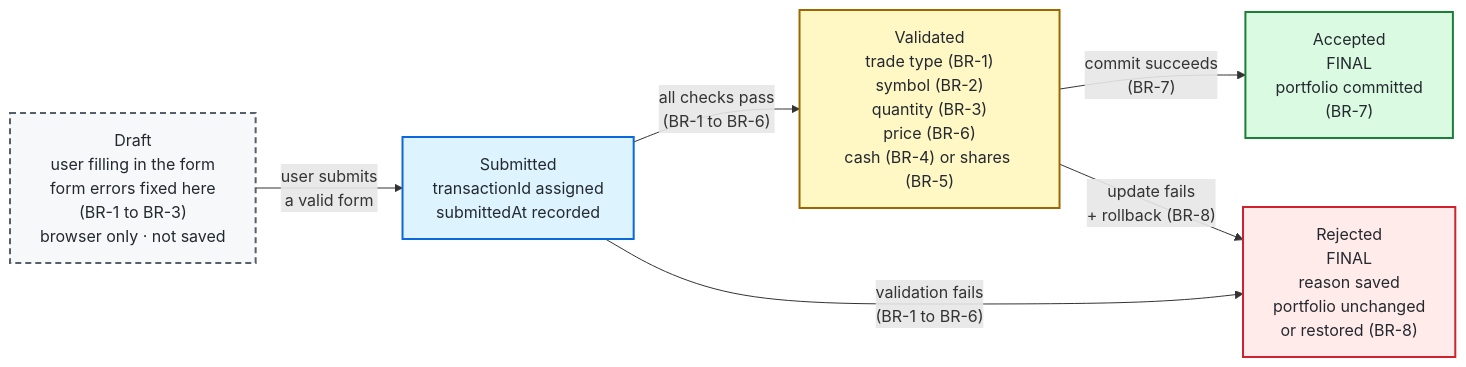
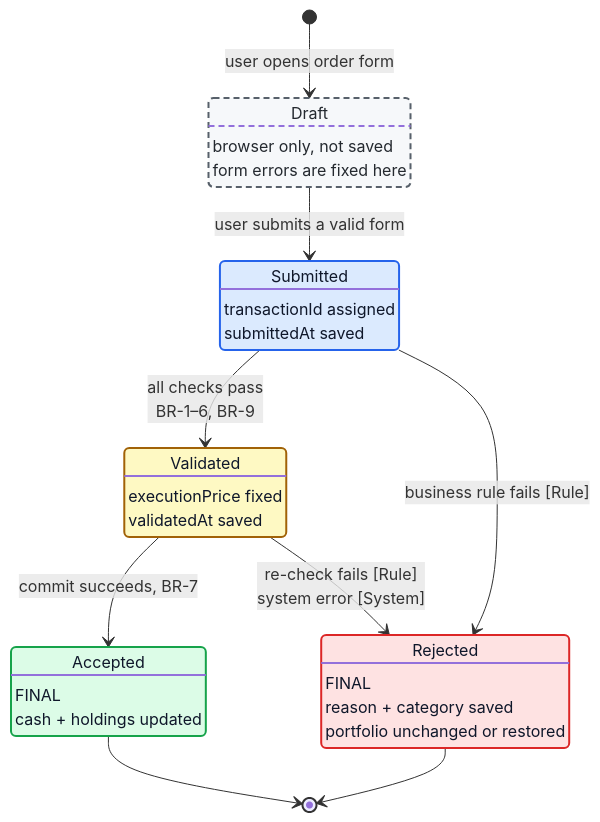
Before and after one commit to AustinNguyen1/MIS3371-Section10129-Group14: the first of 2 diagrams in docs/03-system-design/state-diagram.md, drawn with Mermaid. The commit also changed other lines of this file and 28 other files, not shown here.

````diff
--- a/docs/03-system-design/state-diagram.md
+++ b/docs/03-system-design/state-diagram.md
@@ -3,26 +5,36 @@
 ```mermaid
-flowchart LR
-    D["Draft<br/>user filling in the form<br/>form errors fixed here<br/>(BR-1 to BR-3)<br/>browser only · not saved"]
-    S["Submitted<br/>transactionId assigned<br/>submittedAt recorded"]
-    V["Validated<br/>trade type (BR-1)<br/>symbol (BR-2)<br/>quantity (BR-3)<br/>price (BR-6)<br/>cash (BR-4) or shares (BR-5)"]
-    A["Accepted<br/>FINAL<br/>portfolio committed<br/>(BR-7)"]
-    R["Rejected<br/>FINAL<br/>reason saved<br/>portfolio unchanged<br/>or restored (BR-8)"]
+stateDiagram-v2
+    direction TB
 
-    D -- "user submits<br/>a valid form" --> S
-    S -- "all checks pass<br/>(BR-1 to BR-6)" --> V
-    S -- "validation fails<br/>(BR-1 to BR-6)" --> R
-    V -- "commit succeeds<br/>(BR-7)" --> A
-    V -- "update fails<br/>+ rollback (BR-8)" --> R
+    state "Draft" as Draft
+    state "Submitted" as Submitted
+    state "Validated" as Validated
+    state "Accepted" as Accepted
+    state "Rejected" as Rejected
+
+    Draft : browser only, not saved<br/>form errors are fixed here
+    Submitted : transactionId assigned<br/>submittedAt saved
+    Validated : executionPrice fixed<br/>validatedAt saved
+    Accepted : FINAL<br/>cash + holdings updated
+    Rejected : FINAL<br/>reason + category saved<br/>portfolio unchanged or restored
+
+    [*] --> Draft : user opens order form
+    Draft --> Submitted : user submits a valid form
+    Submitted --> Validated : all checks pass<br/>BR-1–6, BR-9
+    Submitted --> Rejected : business rule fails [Rule]
+    Validated --> Accepted : commit succeeds, BR-7
+    Validated --> Rejected : re-check fails [Rule]<br/>system error [System]
+    Accepted --> [*]
+    Rejected --> [*]
 
     classDef draft fill:#f6f8fa,stroke:#57606a,color:#24292f,stroke-width:2px,stroke-dasharray:6 4
-    classDef submitted fill:#ddf4ff,stroke:#0969DA,color:#24292f,stroke-width:2px
-    classDef validated fill:#fff8c5,stroke:#9a6700,color:#24292f,stroke-width:2px
-    classDef accepted fill:#dafbe1,stroke:#1a7f37,color:#24292f,stroke-width:2px
-    classDef rejected fill:#ffebe9,stroke:#cf222e,color:#24292f,stroke-width:2px
-
-    class D draft
-    class S submitted
-    class V validated
-    class A accepted
-    class R rejected
+    classDef submitted fill:#dbeafe,stroke:#2563eb,color:#0f172a,stroke-width:2px
+    classDef validated fill:#fef9c3,stroke:#a16207,color:#0f172a,stroke-width:2px
+    classDef accepted fill:#dcfce7,stroke:#16a34a,color:#0f172a,stroke-width:2px
+    classDef rejected fill:#fee2e2,stroke:#dc2626,color:#0f172a,stroke-width:2px
+    class Draft draft
+    class Submitted submitted
+    class Validated validated
+    class Accepted accepted
+    class Rejected rejected
 ```
````
